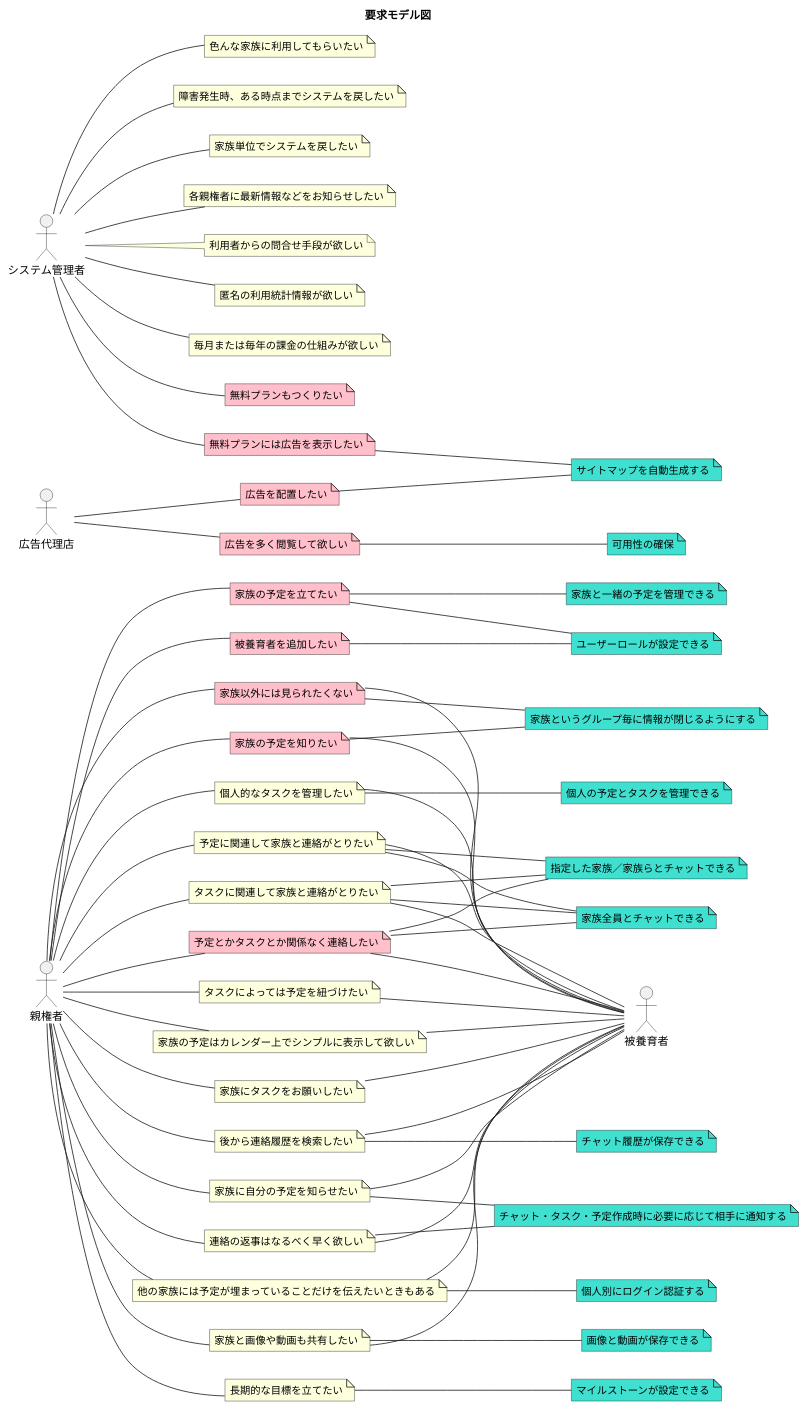
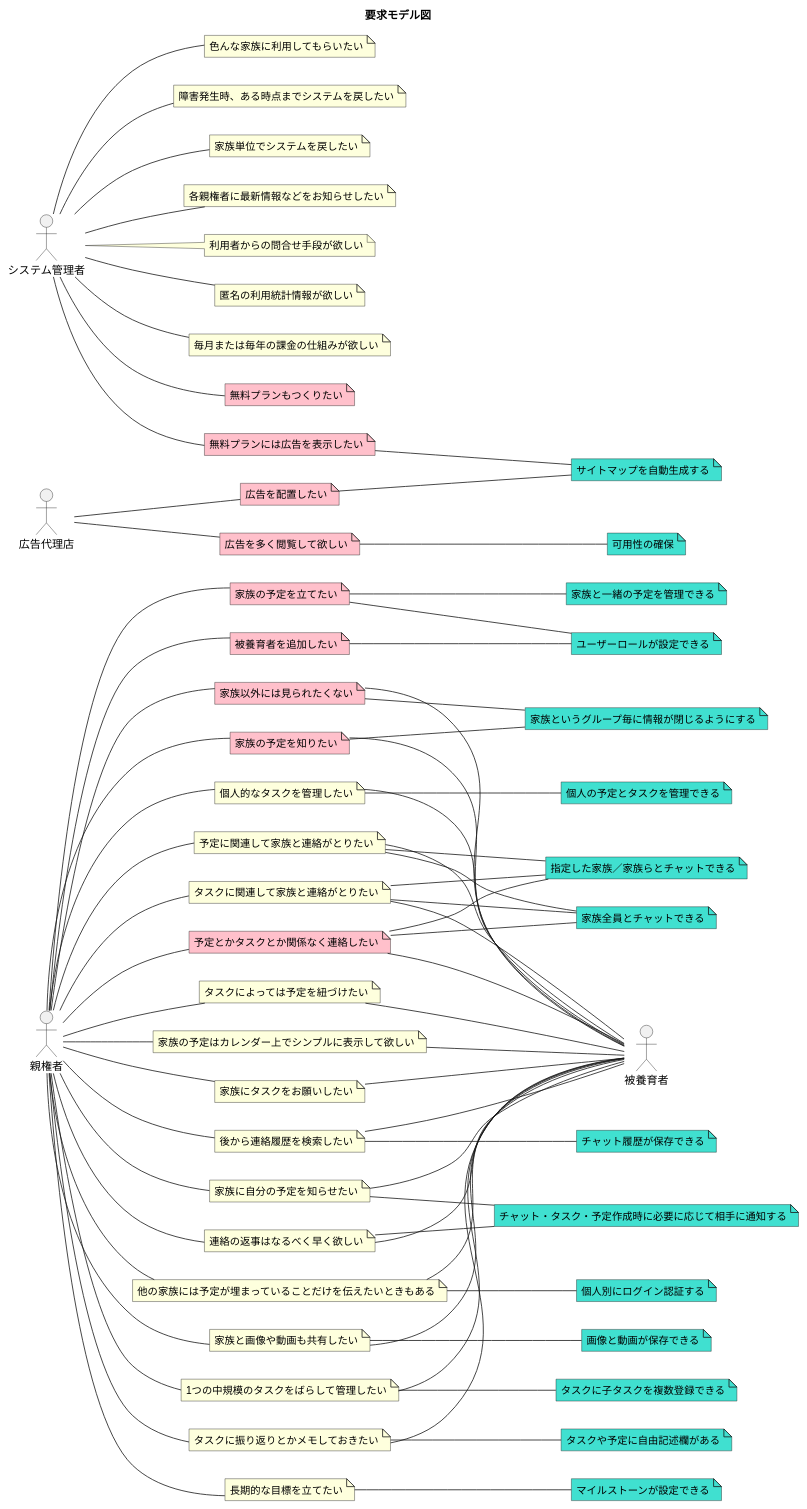
Before and after one commit to kusa-mochi/family-dashboard: the diagram in docs/RDRA2s/requirement-model-diagram.puml, drawn with PlantUML.

Commit message:
add requirements.

```diff
--- a/docs/RDRA2s/requirement-model-diagram.puml
+++ b/docs/RDRA2s/requirement-model-diagram.puml
@@ -1,123 +1,133 @@
 @startuml requirement-model-diagram
 
 title 要求モデル図
 left to right direction
 
 actor 親権者
 note "家族の予定を立てたい" as yk1_1 #Pink
 note "家族の予定を知りたい" as yk1_2 #Pink
 note "個人的なタスクを管理したい" as yk1_3
 note "タスクによっては予定を紐づけたい" as yk1_4
 note "予定に関連して家族と連絡がとりたい" as yk1_5
 note "タスクに関連して家族と連絡がとりたい" as yk1_6
 note "後から連絡履歴を検索したい" as yk1_7
 note "連絡の返事はなるべく早く欲しい" as yk1_8
 note "他の家族には予定が埋まっていることだけを伝えたいときもある" as yk1_9
 note "被養育者を追加したい" as yk1_10 #Pink
 note "予定とかタスクとか関係なく連絡したい" as yk1_11 #Pink
 note "家族に自分の予定を知らせたい" as yk1_12
 note "家族以外には見られたくない" as yk1_13 #Pink
 note "家族の予定はカレンダー上でシンプルに表示して欲しい" as yk1_14
 note "家族にタスクをお願いしたい" as yk1_15
 note "家族と画像や動画も共有したい" as yk1_16
 note "長期的な目標を立てたい" as yk1_17
+note "1つの中規模のタスクをばらして管理したい" as yk1_18
+note "タスクに振り返りとかメモしておきたい" as yk1_19
 note "個人の予定とタスクを管理できる" as yk1_yoken_1 #Turquoise
 note "家族と一緒の予定を管理できる" as yk1_yoken_2 #Turquoise
 note "個人別にログイン認証する" as yk1_yoken_3 #Turquoise
 note "ユーザーロールが設定できる" as yk1_yoken_4 #Turquoise
 note "マイルストーンが設定できる" as yk1_yoken_5 #Turquoise
 note "画像と動画が保存できる" as yk1_yoken_6 #Turquoise
 note "指定した家族／家族らとチャットできる" as yk1_yoken_7 #Turquoise
 note "家族全員とチャットできる" as yk1_yoken_8 #Turquoise
 note "家族というグループ毎に情報が閉じるようにする" as yk1_yoken_9 #Turquoise
 note "チャット・タスク・予定作成時に必要に応じて相手に通知する" as yk1_yoken_10 #Turquoise
 note "チャット履歴が保存できる" as yk1_yoken_11 #Turquoise
+note "タスクに子タスクを複数登録できる" as yk1_yoken_12 #Turquoise
+note "タスクや予定に自由記述欄がある" as yk1_yoken_13 #Turquoise
 
 actor 被養育者
 
 actor システム管理者
 note "色んな家族に利用してもらいたい" as kanri_1
 note "障害発生時、ある時点までシステムを戻したい" as kanri_2
 note "家族単位でシステムを戻したい" as kanri_3
 note "各親権者に最新情報などをお知らせしたい" as kanri_4
 note "利用者からの問合せ手段が欲しい" as kanri_5
 note "匿名の利用統計情報が欲しい" as kanri_6
 note "毎月または毎年の課金の仕組みが欲しい" as kanri_7
 note "無料プランもつくりたい" as kanri_8 #Pink
 note "無料プランには広告を表示したい" as kanri_9 #Pink
 
 actor 広告代理店
 note "広告を配置したい" as adv_1 #Pink
 note "広告を多く閲覧して欲しい" as adv_2 #Pink
 note "サイトマップを自動生成する" as adv_yoken_1 #Turquoise
 note "可用性の確保" as adv_yoken_2 #Turquoise
 
 親権者 -- yk1_1
 親権者 -- yk1_2
 親権者 -- yk1_3
 親権者 -- yk1_4
 親権者 -- yk1_5
 親権者 -- yk1_6
 親権者 -- yk1_7
 親権者 -- yk1_8
 親権者 -- yk1_9
 親権者 -- yk1_10
 親権者 -- yk1_11
 親権者 -- yk1_12
 親権者 -- yk1_13
 親権者 -- yk1_14
 親権者 -- yk1_15
 親権者 -- yk1_16
 親権者 -- yk1_17
+親権者 -- yk1_18
+親権者 -- yk1_19
 
 yk1_2 -- 被養育者
 yk1_3 -- 被養育者
 yk1_4 -- 被養育者
 yk1_5 -- 被養育者
 yk1_6 -- 被養育者
 yk1_7 -- 被養育者
 yk1_8 -- 被養育者
 yk1_9 -- 被養育者
 yk1_11 -- 被養育者
 yk1_12 -- 被養育者
 yk1_13 -- 被養育者
 yk1_14 -- 被養育者
 yk1_15 -- 被養育者
 yk1_16 -- 被養育者
+yk1_18 -- 被養育者
+yk1_19 -- 被養育者
 
 yk1_3 -- yk1_yoken_1
 yk1_1 -- yk1_yoken_4
 yk1_10 -- yk1_yoken_4
 yk1_9 -- yk1_yoken_3
 yk1_1 -- yk1_yoken_2
 yk1_17 -- yk1_yoken_5
 yk1_16 -- yk1_yoken_6
 yk1_6 -- yk1_yoken_7
 yk1_5 -- yk1_yoken_7
 yk1_11 -- yk1_yoken_7
 yk1_6 -- yk1_yoken_8
 yk1_5 -- yk1_yoken_8
 yk1_11 -- yk1_yoken_8
 yk1_13 -- yk1_yoken_9
 yk1_12 -- yk1_yoken_10
 yk1_7 -- yk1_yoken_11
 yk1_8 -- yk1_yoken_10
 yk1_2 -- yk1_yoken_9
+yk1_18 -- yk1_yoken_12
+yk1_19 -- yk1_yoken_13
 
 システム管理者 -- kanri_1
 システム管理者 -- kanri_2
 システム管理者 -- kanri_3
 システム管理者 -- kanri_4
 システム管理者 -- kanri_5
 システム管理者 -- kanri_6
 システム管理者 -- kanri_7
 システム管理者 -- kanri_8
 システム管理者 -- kanri_9
 kanri_9 -- adv_yoken_1
 
 広告代理店 -- adv_1
 広告代理店 -- adv_2
 adv_1 -- adv_yoken_1
 adv_2 -- adv_yoken_2
 
 @enduml
```
